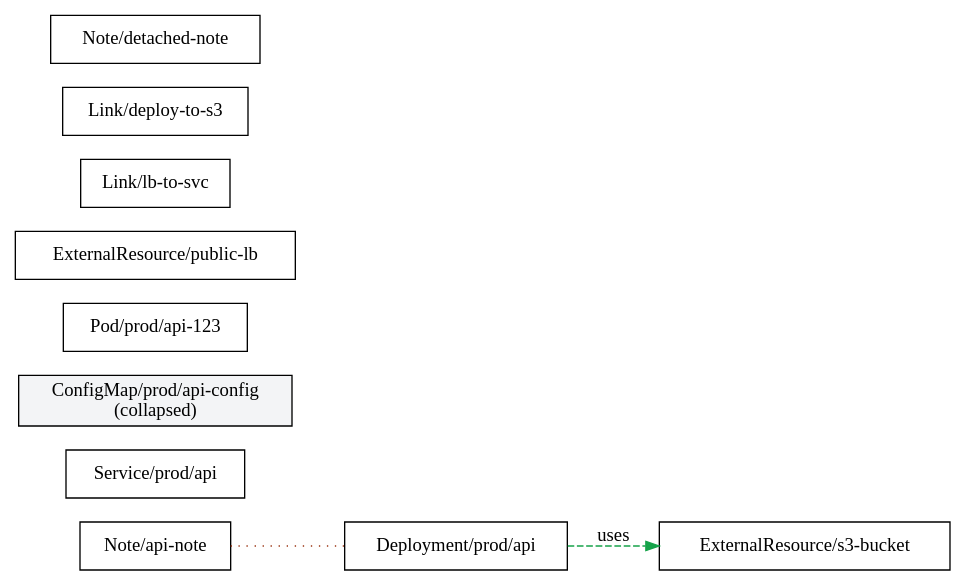
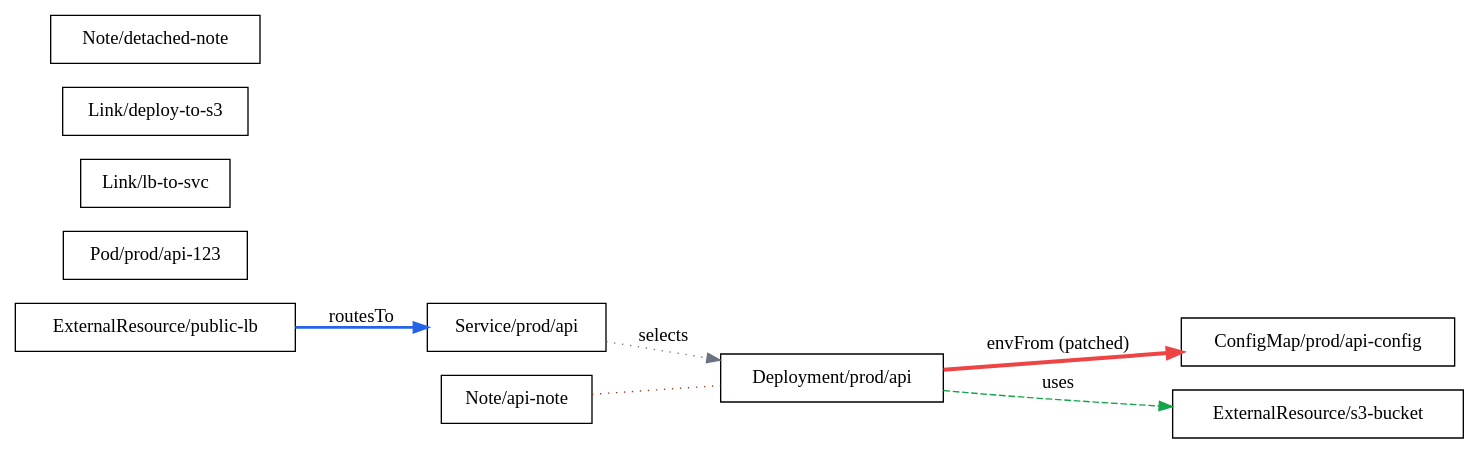
One commit to jseguillon/modarch changed the diagram in outputs/iter4/frame-004.dot. Above: the diagram before and after it, drawn with Graphviz. The commit also changed 6 other files, not shown here.

Commit message:
Render each frame from base graph to restore keyframe diffs

```diff
--- a/outputs/iter4/frame-004.dot
+++ b/outputs/iter4/frame-004.dot
@@ -1,15 +1,18 @@
 digraph modarch {
   rankdir=LR;
   "Deployment/prod/api" [shape=box label="Deployment/prod/api"];
   "Service/prod/api" [shape=box label="Service/prod/api"];
-  "ConfigMap/prod/api-config" [shape=box style=filled fillcolor="#f3f4f6" label="ConfigMap/prod/api-config\n(collapsed)"];
+  "ConfigMap/prod/api-config" [shape=box label="ConfigMap/prod/api-config"];
   "Pod/prod/api-123" [shape=box label="Pod/prod/api-123"];
   "ExternalResource/public-lb" [shape=box label="ExternalResource/public-lb"];
   "ExternalResource/s3-bucket" [shape=box label="ExternalResource/s3-bucket"];
   "Link/lb-to-svc" [shape=box label="Link/lb-to-svc"];
   "Link/deploy-to-s3" [shape=box label="Link/deploy-to-s3"];
   "Note/api-note" [shape=box label="Note/api-note"];
   "Note/detached-note" [shape=box label="Note/detached-note"];
+  "Deployment/prod/api" -> "ConfigMap/prod/api-config" [color="#ef4444",label="envFrom (patched)",penwidth="3"];
   "Deployment/prod/api" -> "ExternalResource/s3-bucket" [color="#16a34a",label="uses",style="dashed"];
+  "ExternalResource/public-lb" -> "Service/prod/api" [color="#2563eb",label="routesTo",penwidth="2"];
   "Note/api-note" -> "Deployment/prod/api" [arrowhead="none",color="#9a3412",style="dotted"];
+  "Service/prod/api" -> "Deployment/prod/api" [color="#6b7280",label="selects",style="dotted"];
 }
```
